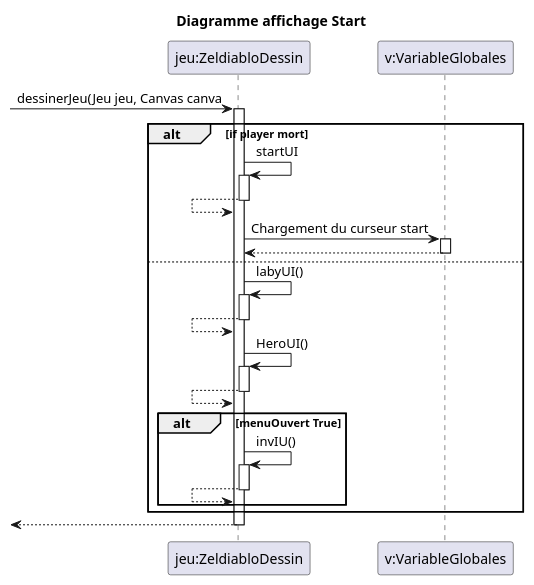
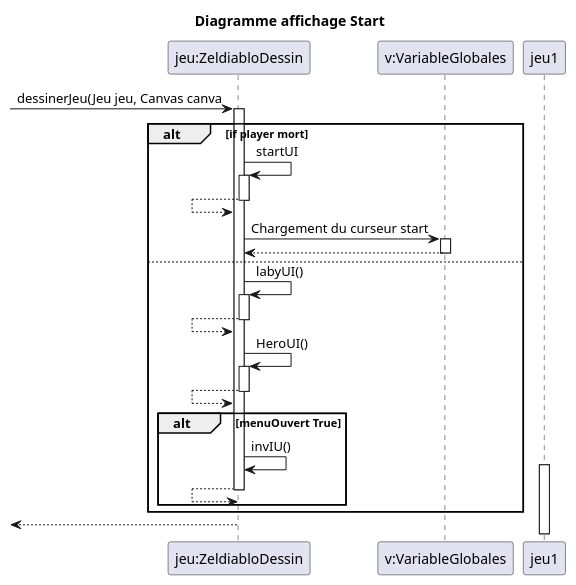
One commit to zonetecde/BUT_S2_2025_Zeldiablo_e22359u_e82916u_e77582u_e85474u changed the diagram in zeldiablo/documents/iteration-3/diagrammes/start-menu/AffichageStartMenu.puml. Above: the diagram before and after it, drawn with PlantUML. The commit also changed 5 other files, not shown here.

Commit message:
correction diagrammes

```diff
--- a/zeldiablo/documents/iteration-3/diagrammes/start-menu/AffichageStartMenu.puml
+++ b/zeldiablo/documents/iteration-3/diagrammes/start-menu/AffichageStartMenu.puml
@@ -1,37 +1,37 @@
 @startuml
 title "Diagramme affichage Start"
 participant "jeu:ZeldiabloDessin" as jeu
 participant "v:VariableGlobales" as v
 -> jeu: dessinerJeu(Jeu jeu, Canvas canva
 Activate jeu
 alt if player mort
      jeu -> jeu: startUI
      activate jeu
      jeu <-- jeu
      deactivate jeu
 
      jeu -> v : Chargement du curseur start
      Activate v
      v --> jeu
      Deactivate v
 else
        jeu -> jeu: labyUI()
        activate jeu
        jeu <-- jeu
        deactivate jeu
 
        jeu -> jeu: HeroUI()
         activate jeu
         jeu <-- jeu
         deactivate jeu
 
      alt menuOuvert True
        jeu -> jeu: invIU()
-       activate jeu
+       activate jeu1
         jeu <-- jeu
         deactivate jeu
      end
 end
 <--jeu
 Deactivate jeu
 @enduml
```
